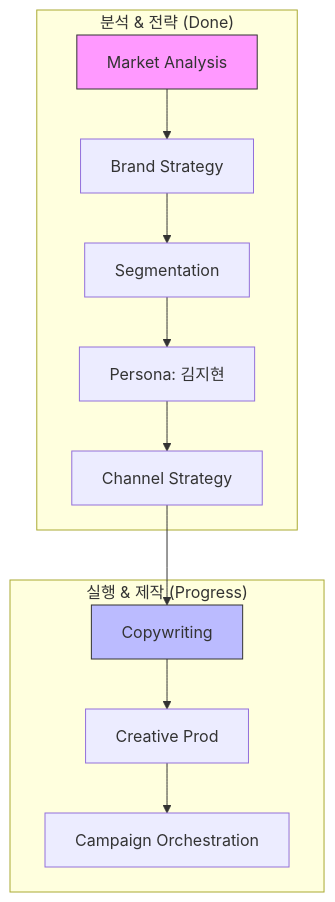
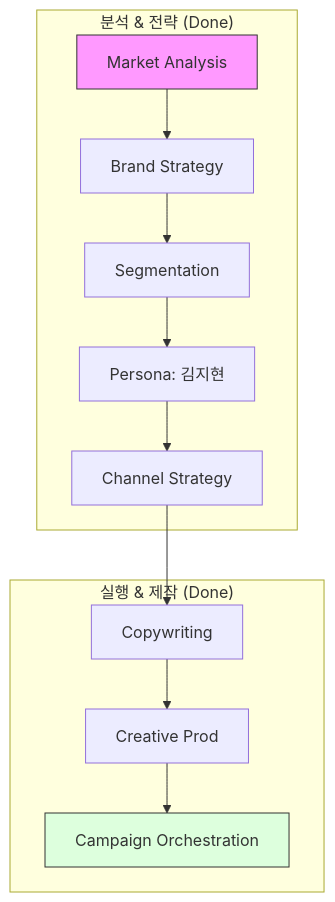
The diagram in README.md (git2583/git2583-dante), drawn with Mermaid before and after one commit. The commit also changed other lines of this file and 12 other files, not shown here.

````diff
--- a/README.md
+++ b/README.md
@@ -62,18 +62,18 @@
 ```mermaid
 graph TD
     subgraph "분석 & 전략 (Done)"
         P0[Market Analysis] --> P1[Brand Strategy]
         P1 --> P2[Segmentation]
         P2 --> P3[Persona: 김지현]
         P3 --> P4[Channel Strategy]
     end
     
-    subgraph "실행 & 제작 (Progress)"
+    subgraph "실행 & 제작 (Done)"
         P4 --> P5[Copywriting]
         P5 --> P6[Creative Prod]
         P6 --> P7[Campaign Orchestration]
     end
     
     style P0 fill:#f9f,stroke:#333
-    style P5 fill:#bbf,stroke:#333
+    style P7 fill:#dfd,stroke:#333
 ```
````
